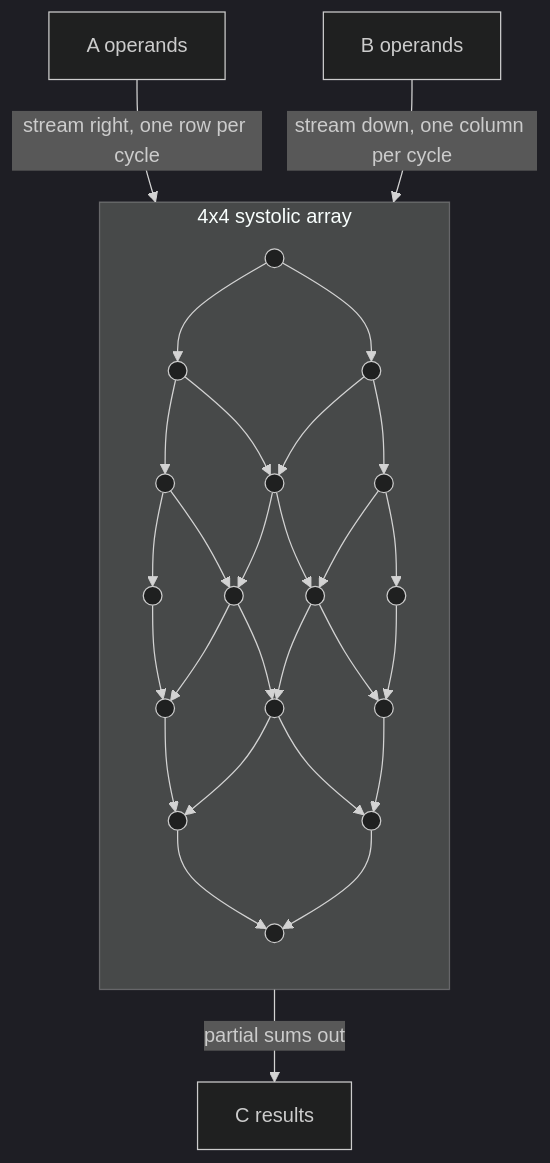
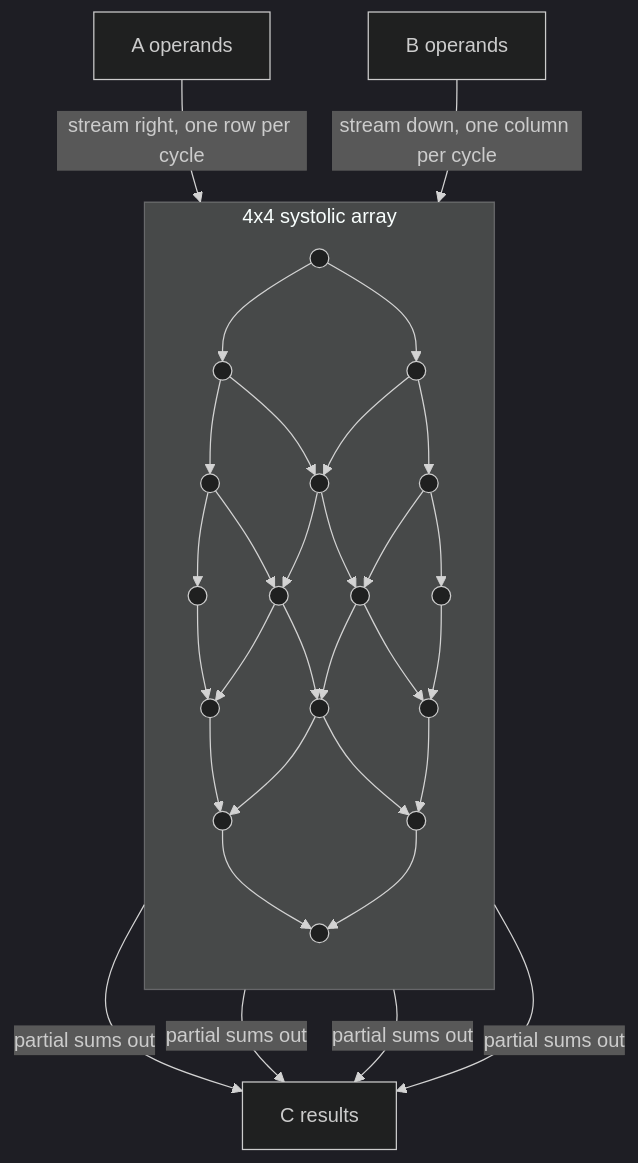
Before and after one commit to AndriiSonsiadlo/knowledge-base: the diagram in docs/gpu-computing/12-npu-and-inference-accelerators/systolic-arrays-and-dataflow.md, drawn with Mermaid (dark theme). The commit also changed other lines of this file and 2 other files, not shown here.

Commit message:
docs: add systolic array figure to GPU/NPU dataflow page

````diff
--- a/docs/gpu-computing/12-npu-and-inference-accelerators/systolic-arrays-and-dataflow.md
+++ b/docs/gpu-computing/12-npu-and-inference-accelerators/systolic-arrays-and-dataflow.md
@@ -23,17 +23,20 @@
 ```mermaid
 flowchart TB
   subgraph Array["4x4 systolic array"]
     direction TB
     A11((" ")) --> A12((" ")) --> A13((" ")) --> A14((" "))
     A21((" ")) --> A22((" ")) --> A23((" ")) --> A24((" "))
     A31((" ")) --> A32((" ")) --> A33((" ")) --> A34((" "))
     A41((" ")) --> A42((" ")) --> A43((" ")) --> A44((" "))
     A11 --> A21 --> A31 --> A41
     A12 --> A22 --> A32 --> A42
     A13 --> A23 --> A33 --> A43
     A14 --> A24 --> A34 --> A44
   end
   Wrow["A operands"] -->|"stream right, one row per cycle"| A11
   Wcol["B operands"] -->|"stream down, one column per cycle"| A11
   A41 -->|"partial sums out"| Out["C results"]
+  A42 -->|"partial sums out"| Out
+  A43 -->|"partial sums out"| Out
+  A44 -->|"partial sums out"| Out
 ```
````
